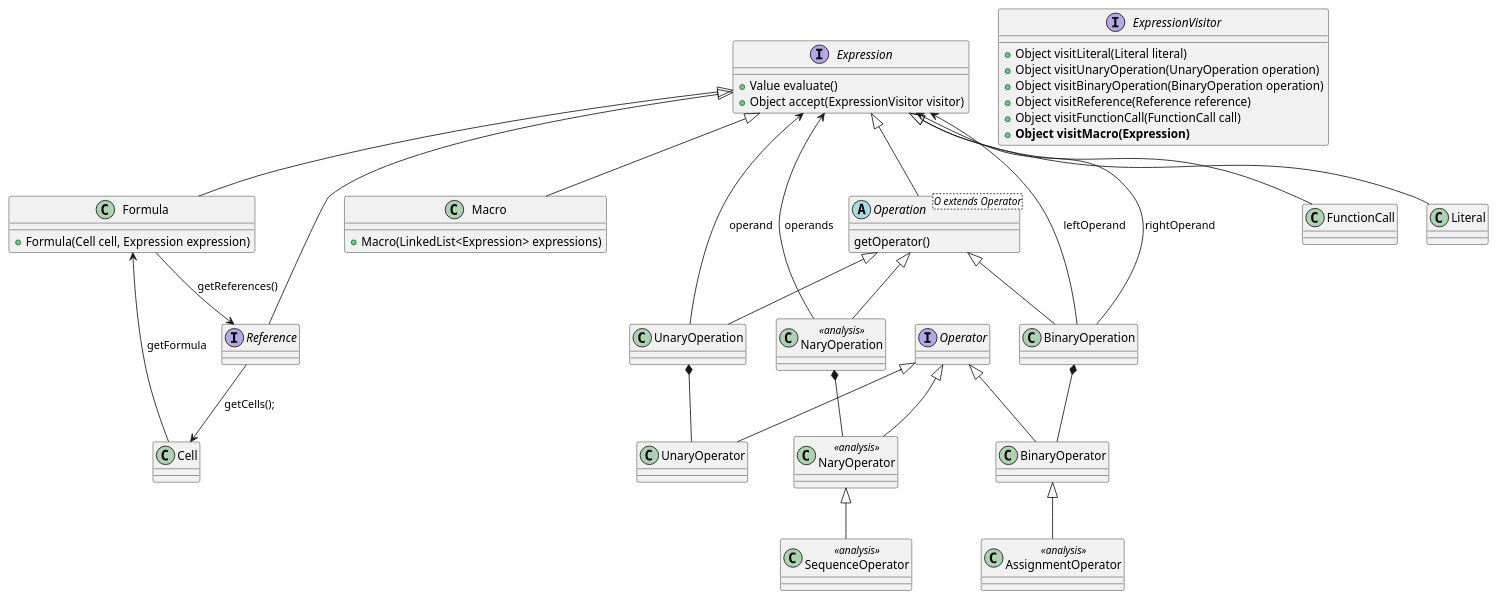
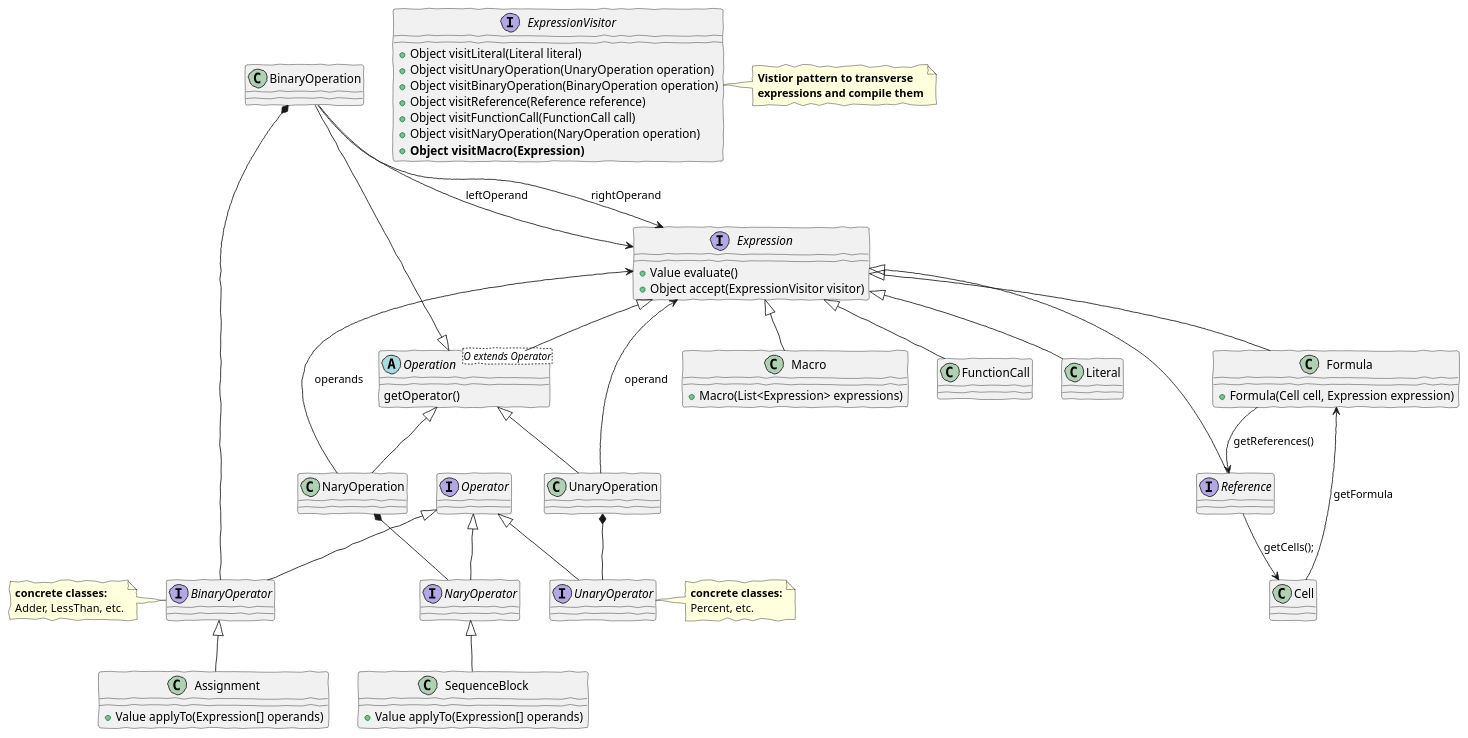
One commit to MikeTekOn/lapr4-2017-2dd changed the diagram in src/main/java/lapr4/blue/s1/lang/n1151159/macros/domain_model_macros.puml. Above: the diagram before and after it, drawn with PlantUML. The commit also changed 4 other files, not shown here.

```diff
--- a/src/main/java/lapr4/blue/s1/lang/n1151159/macros/domain_model_macros.puml
+++ b/src/main/java/lapr4/blue/s1/lang/n1151159/macros/domain_model_macros.puml
@@ -1,75 +1,77 @@
-@startuml domain_model_formulas.png
+@startuml domain_model_macros.png
+
+'http://plantuml.com/skinparam.html'
+skinparam handwritten true
+skinparam defaultFontName FG Virgil
+skinparam shadowing false
+
 class Formula {
-	+Formula(Cell cell, Expression expression) 
+	+Formula(Cell cell, Expression expression)
 }
 class Macro {
-	+Macro(LinkedList<Expression> expressions)
+	+Macro(List<Expression> expressions)
 }
 interface Expression {
 	+Value evaluate()
 	+Object accept(ExpressionVisitor visitor)
 }
-interface Reference {
+interface Reference
+interface Operator
+interface UnaryOperator
+note right : <b>concrete classes:\nPercent, etc.
+interface BinaryOperator
+note left : <b>concrete classes:\nAdder, LessThan, etc.
+interface NaryOperator <<<b>analysis>>
+class SequenceBlock <<<b>analysis>> {
+    +Value applyTo(Expression[] operands)
 }
-interface Operator {
-}
-class UnaryOperator {
-}
-class BinaryOperator {
-}
-class NaryOperator <<analysis>> {
-}
-class SequenceOperator <<analysis>> {
-}
-class AssignmentOperator <<analysis>> {
+class Assignment <<<b>analysis>> {
+    +Value applyTo(Expression[] operands)
 }
 abstract class Operation <O extends Operator> {
-    getOperator() 
+    getOperator()
 }
-class UnaryOperation {
-}
-class BinaryOperation {
-}
-class NaryOperation <<analysis>> {
-}
-class FunctionCall {
-}
-class Literal {
-}
+class UnaryOperation
+class BinaryOperation
+class NaryOperation <<<b>analysis>>
+class FunctionCall
+class Literal
 interface ExpressionVisitor {
 	+Object visitLiteral(Literal literal)
 	+Object visitUnaryOperation(UnaryOperation operation)
 	+Object visitBinaryOperation(BinaryOperation operation)
 	+Object visitReference(Reference reference)
 	+Object visitFunctionCall(FunctionCall call)
+	+Object visitNaryOperation(NaryOperation operation)
 	+<b>Object visitMacro(Expression)</b>
 }
+note right : <b>Vistior pattern to transverse\n<b>expressions and compile them
 Expression <|-- Macro
 Expression <|-- Formula
 Expression <|-- Reference
 Expression <|-- Operation
 Expression <|-- FunctionCall
 Expression <|-- Literal
 Operation <|-- UnaryOperation
 Operation <|-- BinaryOperation
 Operation <|-- NaryOperation
 Formula --> Reference : getReferences()
 Reference --> Cell : getCells();
 Cell --> Formula : getFormula
 UnaryOperation --> Expression : operand
 BinaryOperation --> Expression : leftOperand
 BinaryOperation --> Expression : rightOperand
 NaryOperation --> Expression : operands
 
 Operator <|-- UnaryOperator
 Operator <|-- BinaryOperator
 Operator <|-- NaryOperator
 
 UnaryOperation *-- UnaryOperator
 BinaryOperation *-- BinaryOperator
 NaryOperation *-- NaryOperator
 
-NaryOperator <|-- SequenceOperator
+NaryOperator <|-- SequenceBlock
 
-BinaryOperator <|-- AssignmentOperator
-  @enduml
+BinaryOperator <|-- Assignment
+@enduml
```
